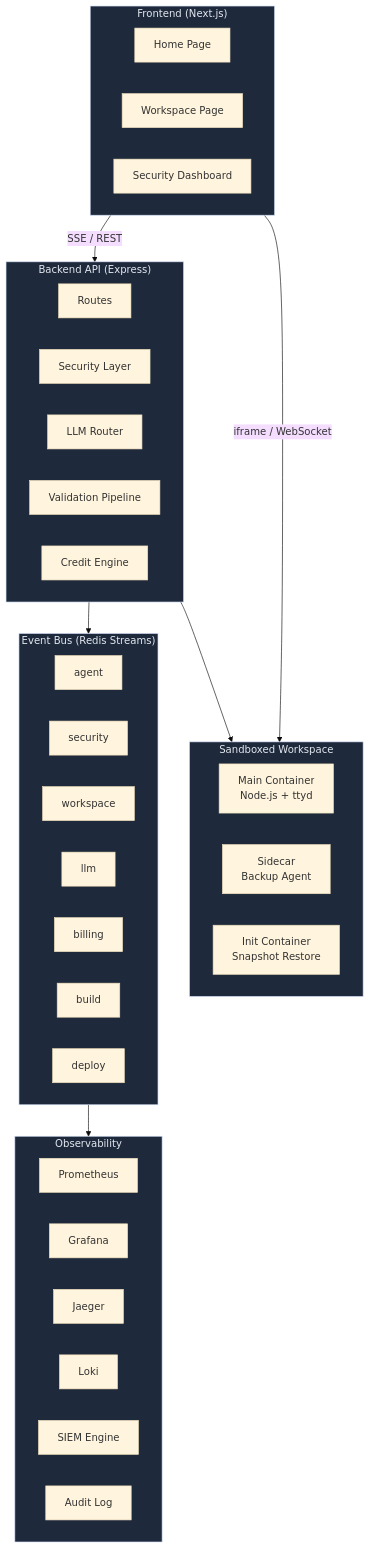
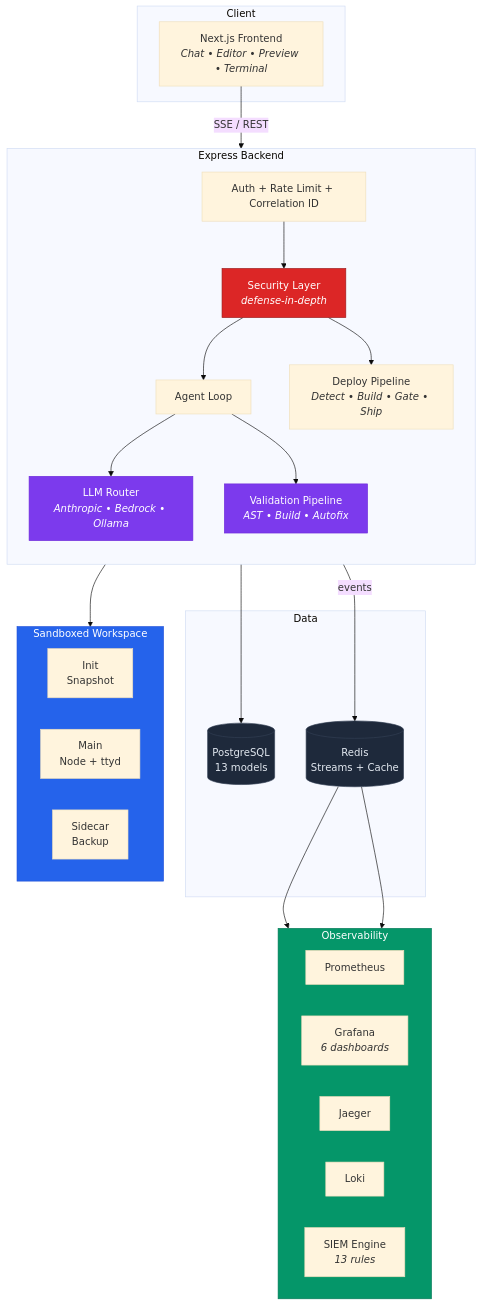
One commit to HackerM0nk/secure-codegen-factory changed the first of 5 diagrams in README.md. Above: the diagram before and after it, drawn with Mermaid (base theme). The commit also changed other lines of this file and 9 other files, not shown here.

````diff
--- a/README.md
+++ b/README.md
@@ -50,53 +58,60 @@
 ```mermaid
 graph TB
-    subgraph Frontend["Frontend (Next.js)"]
-        HP[Home Page]
-        WP[Workspace Page]
-        AD[Security Dashboard]
+    subgraph Client
+        UI["Next.js Frontend<br/><i>Chat • Editor • Preview • Terminal</i>"]
     end
 
-    subgraph Backend["Backend API (Express)"]
-        RT[Routes]
-        SEC[Security Layer]
-        LLM[LLM Router]
-        VAL[Validation Pipeline]
-        BIL[Credit Engine]
+    subgraph API["Express Backend"]
+        direction TB
+        MW["Auth + Rate Limit + Correlation ID"]
+        SEC["Security Layer<br/><i>defense-in-depth</i>"]
+        AGENT["Agent Loop"]
+        LLM["LLM Router<br/><i>Anthropic • Bedrock • Ollama</i>"]
+        VAL["Validation Pipeline<br/><i>AST • Build • Autofix</i>"]
+        DEPLOY["Deploy Pipeline<br/><i>Detect • Build • Gate • Ship</i>"]
     end
 
-    subgraph EventBus["Event Bus (Redis Streams)"]
-        S1[agent]
-        S2[security]
-        S3[workspace]
-        S4[llm]
-        S5[billing]
-        S6[build]
-        S7[deploy]
-    end
-
-    subgraph Observability
-        PROM[Prometheus]
-        GRAF[Grafana]
-        JAEG[Jaeger]
-        LOKI[Loki]
-        SIEM[SIEM Engine]
-        AUDIT[Audit Log]
+    subgraph Data
+        PG[("PostgreSQL<br/>13 models")]
+        REDIS[("Redis<br/>Streams + Cache")]
     end
 
     subgraph Workspace["Sandboxed Workspace"]
-        MAIN[Main Container<br/>Node.js + ttyd]
-        SIDE[Sidecar<br/>Backup Agent]
-        INIT[Init Container<br/>Snapshot Restore]
+        direction LR
+        INIT["Init<br/>Snapshot"]
+        MAIN["Main<br/>Node + ttyd"]
+        SIDE["Sidecar<br/>Backup"]
     end
 
-    Frontend -->|SSE / REST| Backend
-    Backend --> EventBus
-    Backend --> Workspace
-    EventBus --> Observability
-    Frontend -->|iframe / WebSocket| Workspace
+    subgraph Observe["Observability"]
+        direction LR
+        PROM["Prometheus"]
+        GRAF["Grafana<br/><i>6 dashboards</i>"]
+        JAEG["Jaeger"]
+        LOKI["Loki"]
+        SIEM["SIEM Engine<br/><i>13 rules</i>"]
+    end
 
-    style Frontend fill:#1e293b,color:#e2e8f0
-    style Backend fill:#1e293b,color:#e2e8f0
-    style EventBus fill:#1e293b,color:#e2e8f0
-    style Observability fill:#1e293b,color:#e2e8f0
-    style Workspace fill:#1e293b,color:#e2e8f0
+    UI -->|"SSE / REST"| MW
+    MW --> SEC --> AGENT
+    AGENT --> LLM
+    AGENT --> Workspace
+    AGENT --> VAL
+    SEC --> DEPLOY
+    AGENT -->|events| REDIS
+    REDIS --> SIEM
+    REDIS --> Observe
+    API --> PG
+
+    classDef red fill:#dc2626,stroke:#991b1b,color:#fff
+    classDef blue fill:#2563eb,stroke:#1d4ed8,color:#fff
+    classDef green fill:#059669,stroke:#047857,color:#fff
+    classDef purple fill:#7c3aed,stroke:#6d28d9,color:#fff
+    classDef dark fill:#1e293b,stroke:#334155,color:#e2e8f0
+
+    class SEC red
+    class Workspace blue
+    class Observe green
+    class LLM,VAL purple
+    class PG,REDIS dark
 ```
````
